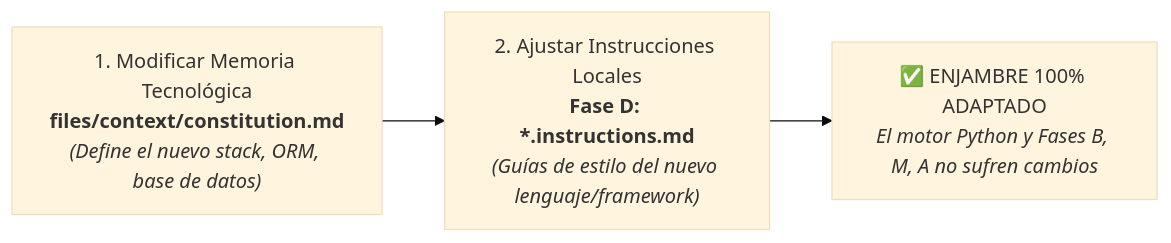
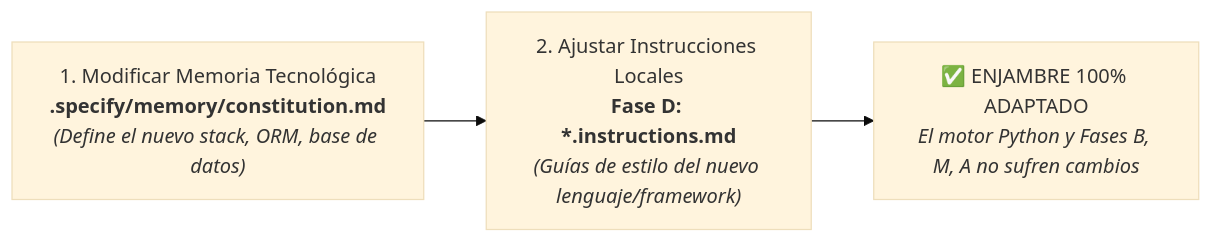
The second of 2 diagrams in PLUGGABLE_PHASE_D.md (pauloravicaceres/template-bmad), drawn with Mermaid (base theme) before and after one commit. The commit also changed other lines of this file and 41 other files, not shown here.

First line of the commit message:
fix(bmad): unificar ruta de constitution.md a .specify/memory/ como fuente unica de verdad

````diff
--- a/PLUGGABLE_PHASE_D.md
+++ b/PLUGGABLE_PHASE_D.md
@@ -63,8 +63,8 @@
 ```mermaid
 flowchart LR
-    Paso1["1. Modificar Memoria Tecnológica<br><b>files/context/constitution.md</b><br><i>(Define el nuevo stack, ORM, base de datos)</i>"]
+    Paso1["1. Modificar Memoria Tecnológica<br><b>.specify/memory/constitution.md</b><br><i>(Define el nuevo stack, ORM, base de datos)</i>"]
     Paso2["2. Ajustar Instrucciones Locales<br><b>Fase D: *.instructions.md</b><br><i>(Guías de estilo del nuevo lenguaje/framework)</i>"]
     Resultado["✅ ENJAMBRE 100% ADAPTADO<br><i>El motor Python y Fases B, M, A no sufren cambios</i>"]
 
     Paso1 --> Paso2 --> Resultado
 ```
````
